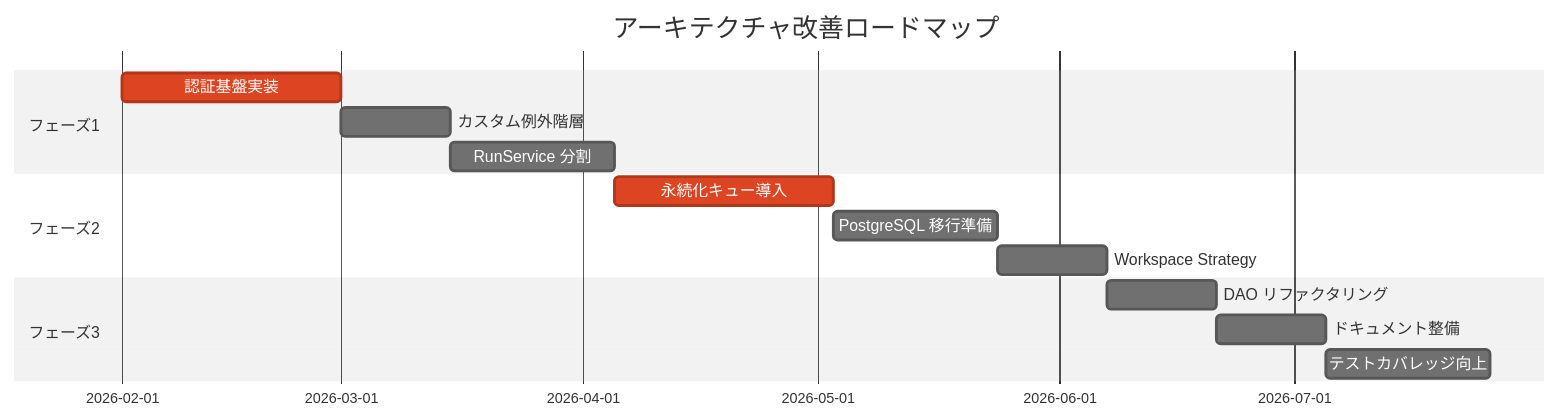
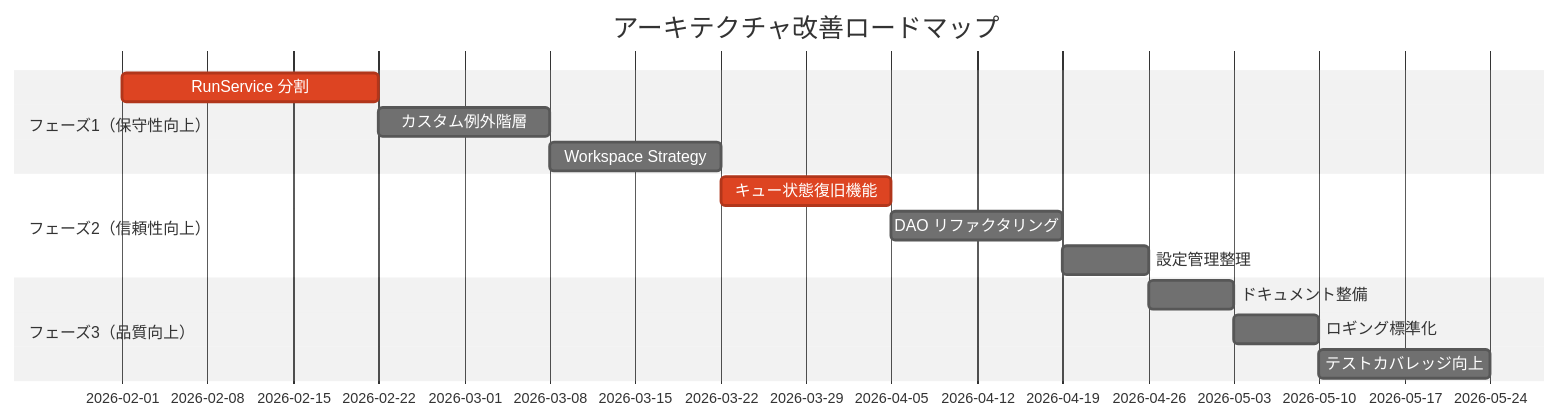
The diagram in docs/architecture-review.md (hampen2929/zloth), drawn with Mermaid (neutral theme) before and after one commit. The commit also changed other lines of this file, not shown here.

First line of the commit message:
docs: Update architecture review for localhost/single-user scope

````diff
--- a/docs/architecture-review.md
+++ b/docs/architecture-review.md
@@ -284,17 +248,17 @@
 ```mermaid
 gantt
     title アーキテクチャ改善ロードマップ
     dateFormat YYYY-MM
-    section フェーズ1
-    認証基盤実装          :crit, p1-1, 2026-02, 4w
+    section フェーズ1（保守性向上）
+    RunService 分割       :crit, p1-1, 2026-02, 3w
     カスタム例外階層      :p1-2, after p1-1, 2w
-    RunService 分割       :p1-3, after p1-2, 3w
-    section フェーズ2
-    永続化キュー導入      :crit, p2-1, after p1-3, 4w
-    PostgreSQL 移行準備   :p2-2, after p2-1, 3w
-    Workspace Strategy    :p2-3, after p2-2, 2w
-    section フェーズ3
-    DAO リファクタリング  :p3-1, after p2-3, 2w
-    ドキュメント整備      :p3-2, after p3-1, 2w
-    テストカバレッジ向上  :p3-3, after p3-2, 3w
+    Workspace Strategy    :p1-3, after p1-2, 2w
+    section フェーズ2（信頼性向上）
+    キュー状態復旧機能    :crit, p2-1, after p1-3, 2w
+    DAO リファクタリング  :p2-2, after p2-1, 2w
+    設定管理整理          :p2-3, after p2-2, 1w
+    section フェーズ3（品質向上）
+    ドキュメント整備      :p3-1, after p2-3, 1w
+    ロギング標準化        :p3-2, after p3-1, 1w
+    テストカバレッジ向上  :p3-3, after p3-2, 2w
 ```
````
